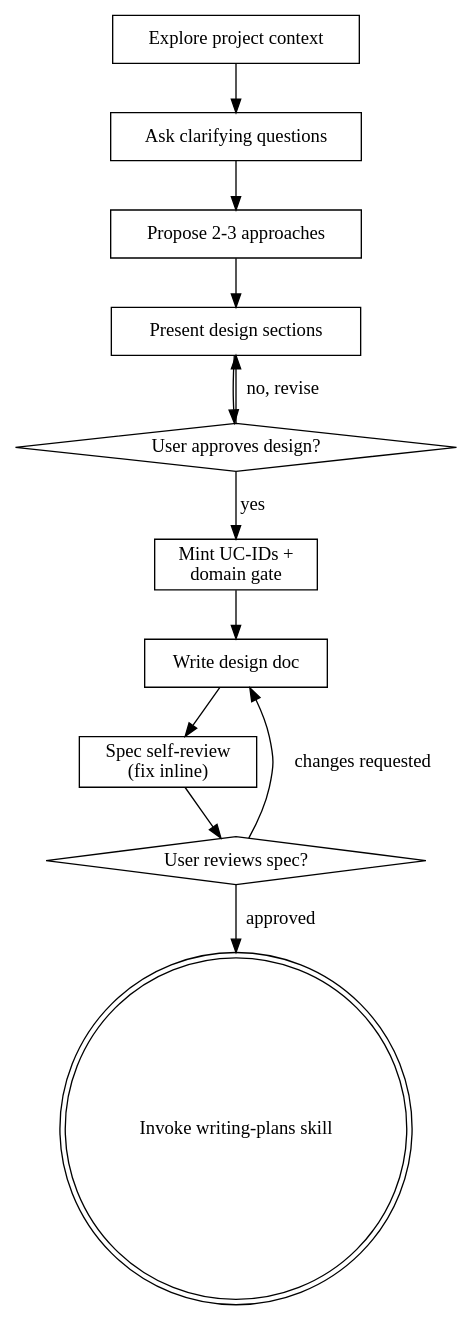
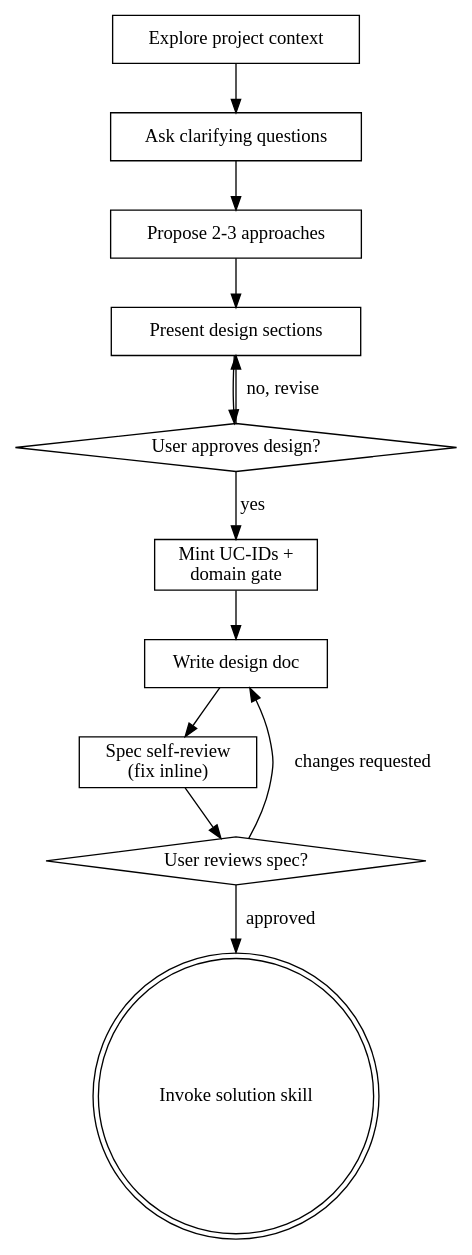
One commit to abrooks89/agentflow changed the diagram in skills/refine/SKILL.md. Above: the diagram before and after it, drawn with Graphviz. The commit also changed other lines of this file and 271 other files, not shown here.

````diff
--- a/skills/refine/SKILL.md
+++ b/skills/refine/SKILL.md
@@ -74,26 +76,26 @@
 ```dot
 digraph brainstorming {
     "Explore project context" [shape=box];
     "Ask clarifying questions" [shape=box];
     "Propose 2-3 approaches" [shape=box];
     "Present design sections" [shape=box];
     "User approves design?" [shape=diamond];
     "Mint UC-IDs +\ndomain gate" [shape=box];
     "Write design doc" [shape=box];
     "Spec self-review\n(fix inline)" [shape=box];
     "User reviews spec?" [shape=diamond];
-    "Invoke writing-plans skill" [shape=doublecircle];
+    "Invoke solution skill" [shape=doublecircle];
 
     "Explore project context" -> "Ask clarifying questions";
     "Ask clarifying questions" -> "Propose 2-3 approaches";
     "Propose 2-3 approaches" -> "Present design sections";
     "Present design sections" -> "User approves design?";
     "User approves design?" -> "Present design sections" [label="no, revise"];
     "User approves design?" -> "Mint UC-IDs +\ndomain gate" [label="yes"];
     "Mint UC-IDs +\ndomain gate" -> "Write design doc";
     "Write design doc" -> "Spec self-review\n(fix inline)";
     "Spec self-review\n(fix inline)" -> "User reviews spec?";
     "User reviews spec?" -> "Write design doc" [label="changes requested"];
-    "User reviews spec?" -> "Invoke writing-plans skill" [label="approved"];
+    "User reviews spec?" -> "Invoke solution skill" [label="approved"];
 }
 ```
````
